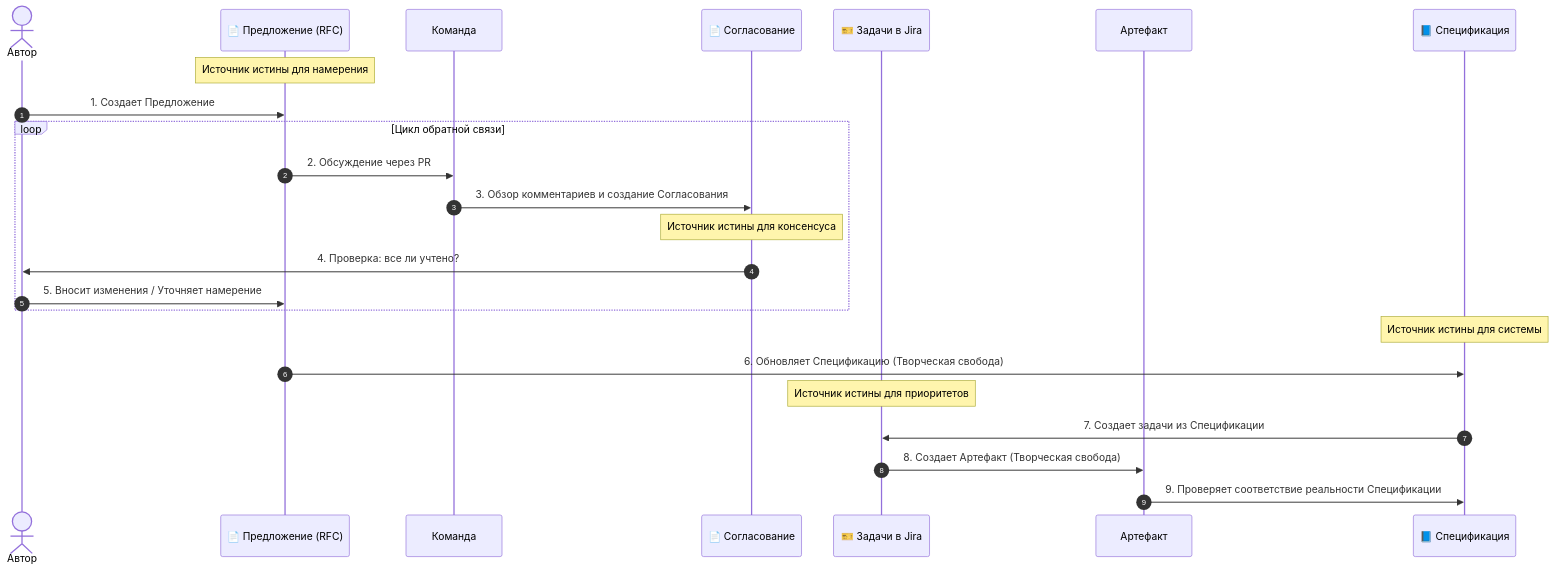
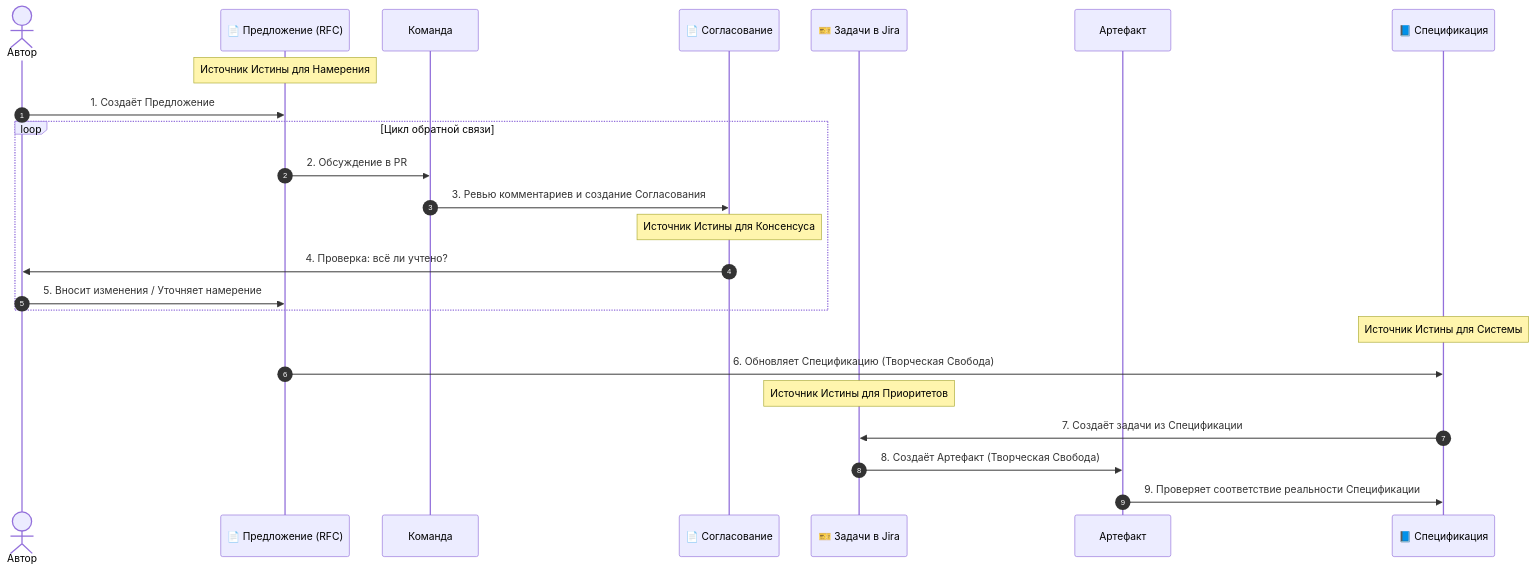
Before and after one commit to idealic-ai/docs: the diagram in translations/ru/company/02_process.md, drawn with Mermaid. The commit also changed other lines of this file and 11 other files, not shown here.

````diff
--- a/translations/ru/company/02_process.md
+++ b/translations/ru/company/02_process.md
@@ -64,31 +64,31 @@
 ```mermaid
 sequenceDiagram
     autonumber
     actor Автор
     participant Предложение as 📄 Предложение (RFC)
     participant Команда
     participant Согласование as 📄 Согласование
     participant Jira as 🎫 Задачи в Jira
     participant Артефакт as Артефакт
     participant Спецификация as 📘 Спецификация
 
-    Note over Предложение: Источник истины для намерения
-    Автор->>Предложение: 1. Создает Предложение
+    Note over Предложение: Источник Истины для Намерения
+    Автор->>Предложение: 1. Создаёт Предложение
 
     loop Цикл обратной связи
-        Предложение->>Команда: 2. Обсуждение через PR
-        Команда->>Согласование: 3. Обзор комментариев и создание Согласования
+        Предложение->>Команда: 2. Обсуждение в PR
+        Команда->>Согласование: 3. Ревью комментариев и создание Согласования
 
-        Note over Согласование: Источник истины для консенсуса
-        Согласование->>Автор: 4. Проверка: все ли учтено?
+        Note over Согласование: Источник Истины для Консенсуса
+        Согласование->>Автор: 4. Проверка: всё ли учтено?
         Автор->>Предложение: 5. Вносит изменения / Уточняет намерение
     end
 
-    Note over Спецификация: Источник истины для системы
-    Предложение->>Спецификация: 6. Обновляет Спецификацию (Творческая свобода)
+    Note over Спецификация: Источник Истины для Системы
+    Предложение->>Спецификация: 6. Обновляет Спецификацию (Творческая Свобода)
 
-    Note over Jira: Источник истины для приоритетов
-    Спецификация->>Jira: 7. Создает задачи из Спецификации
-    Jira->>Артефакт: 8. Создает Артефакт (Творческая свобода)
+    Note over Jira: Источник Истины для Приоритетов
+    Спецификация->>Jira: 7. Создаёт задачи из Спецификации
+    Jira->>Артефакт: 8. Создаёт Артефакт (Творческая Свобода)
     Артефакт->>Спецификация: 9. Проверяет соответствие реальности Спецификации
 ```
````
